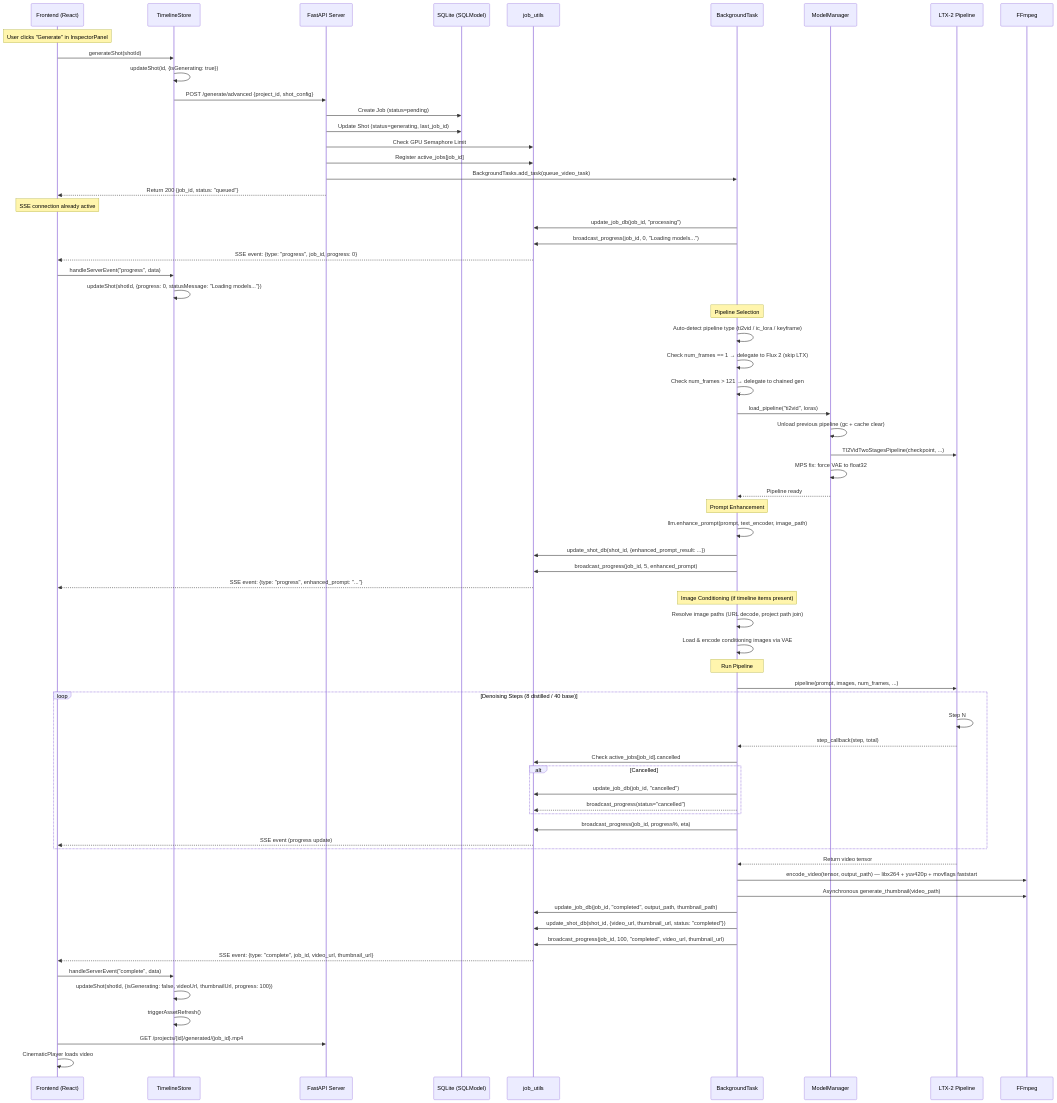
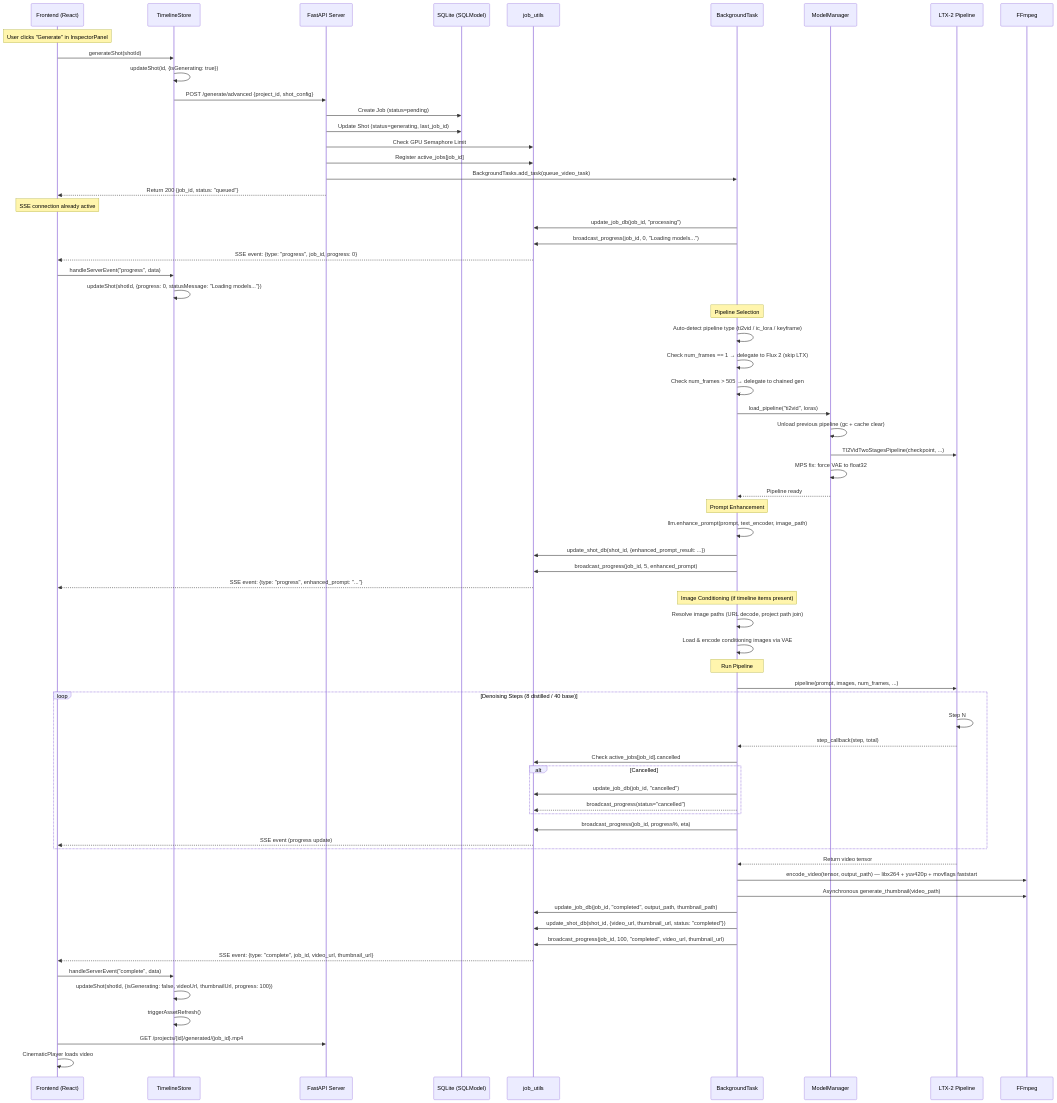
Before and after one commit to mainza-ai/milimovideo: the first of 11 diagrams in docs/05_execution_flow.md, drawn with Mermaid. The commit also changed other lines of this file and 2 other files, not shown here.

```diff
--- a/docs/05_execution_flow.md
+++ b/docs/05_execution_flow.md
@@ -38,7 +38,7 @@
     Note over Worker: Pipeline Selection
     Worker->>Worker: Auto-detect pipeline type (ti2vid / ic_lora / keyframe)
     Worker->>Worker: Check num_frames == 1 → delegate to Flux 2 (skip LTX)
-    Worker->>Worker: Check num_frames > 121 → delegate to chained gen
+    Worker->>Worker: Check num_frames > 505 → delegate to chained gen
 
     Worker->>ME: load_pipeline("ti2vid", loras)
     ME->>ME: Unload previous pipeline (gc + cache clear)
```
